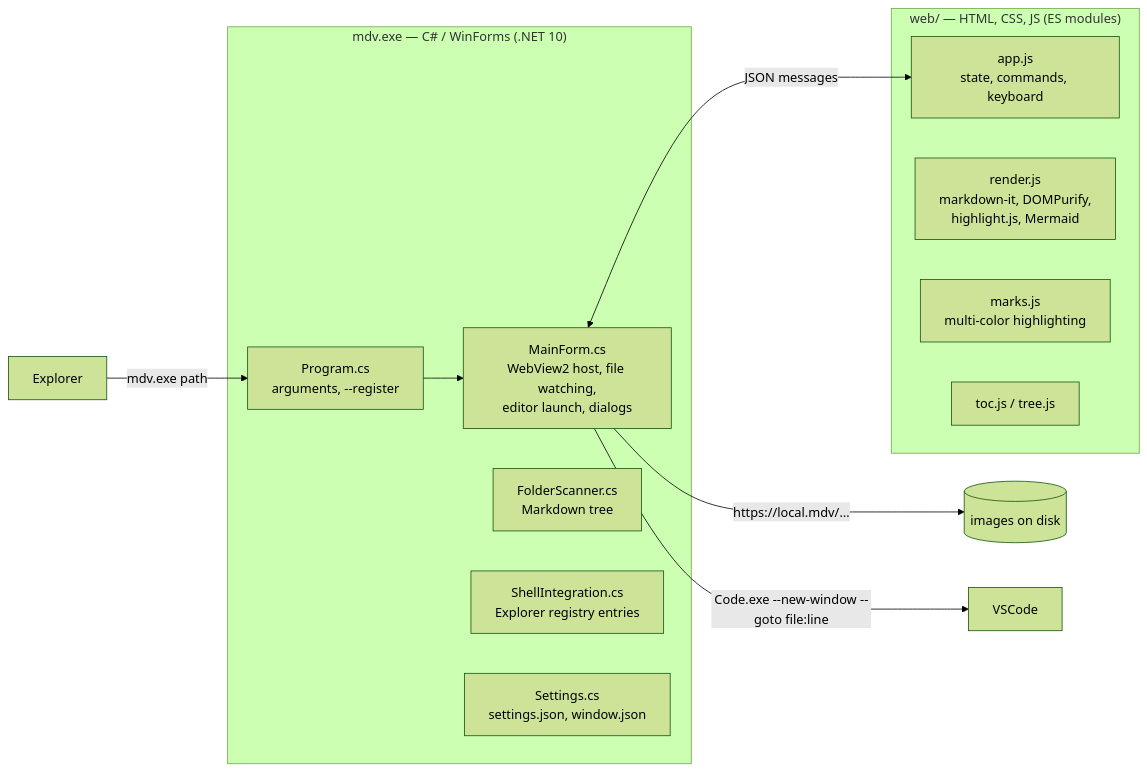
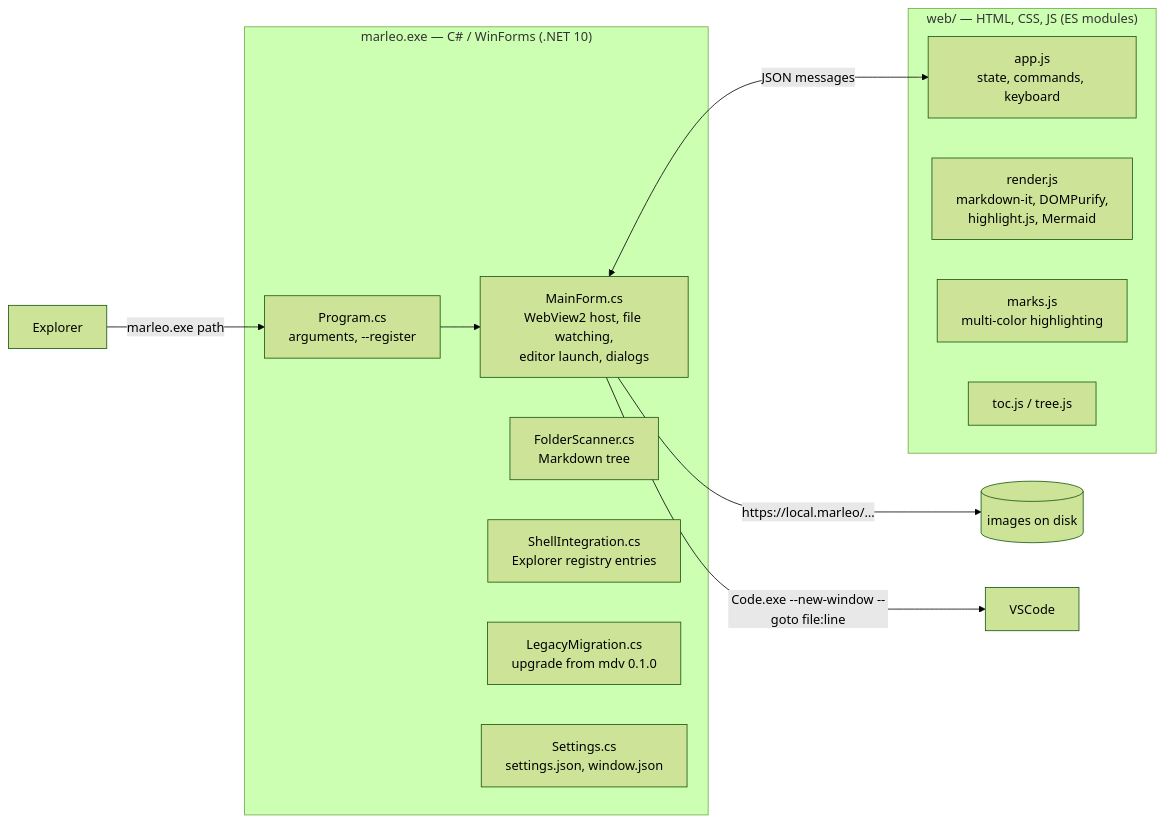
Before and after one commit to e-lifegood/marleo: the diagram in docs/architecture.md, drawn with Mermaid (forest theme). The commit also changed other lines of this file and 4 other files, not shown here.

First line of the commit message:
Docs: Marleo, formerly mdv (v0.2.0)

````diff
--- a/docs/architecture.md
+++ b/docs/architecture.md
@@ -5,20 +5,21 @@
 ```mermaid
 flowchart LR
-    subgraph Host["mdv.exe — C# / WinForms (.NET 10)"]
+    subgraph Host["marleo.exe — C# / WinForms (.NET 10)"]
         P[Program.cs<br>arguments, --register]
         M[MainForm.cs<br>WebView2 host, file watching,<br>editor launch, dialogs]
         F[FolderScanner.cs<br>Markdown tree]
         S[ShellIntegration.cs<br>Explorer registry entries]
+        L[LegacyMigration.cs<br>upgrade from mdv 0.1.0]
         C[Settings.cs<br>settings.json, window.json]
     end
     subgraph Page["web/ — HTML, CSS, JS (ES modules)"]
         A[app.js<br>state, commands, keyboard]
         R[render.js<br>markdown-it, DOMPurify,<br>highlight.js, Mermaid]
         K[marks.js<br>multi-color highlighting]
         T[toc.js / tree.js]
     end
-    Explorer -->|"mdv.exe path"| P --> M
+    Explorer -->|"marleo.exe path"| P --> M
     M <-->|"JSON messages"| A
-    M -->|"https://local.mdv/…"| Disk[(images on disk)]
+    M -->|"https://local.marleo/…"| Disk[(images on disk)]
     M -->|"Code.exe --new-window --goto file:line"| VSCode
 ```
````
